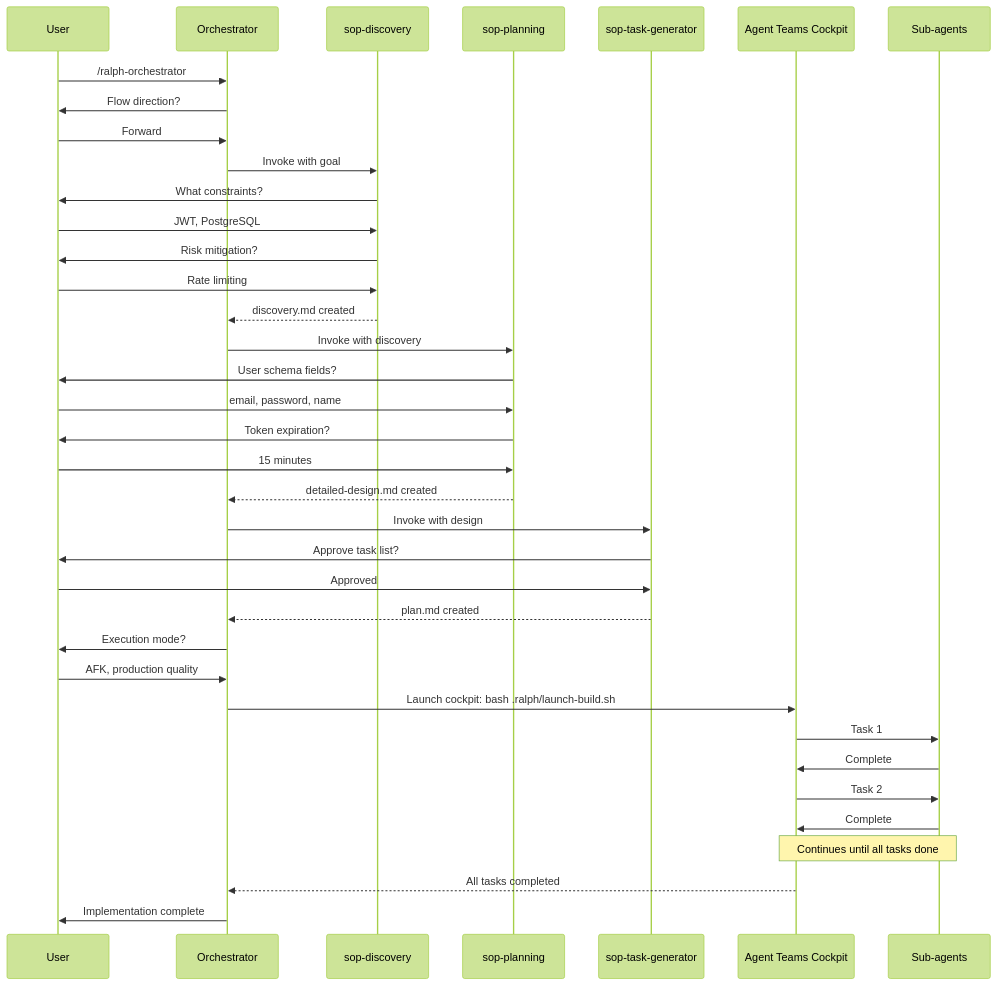
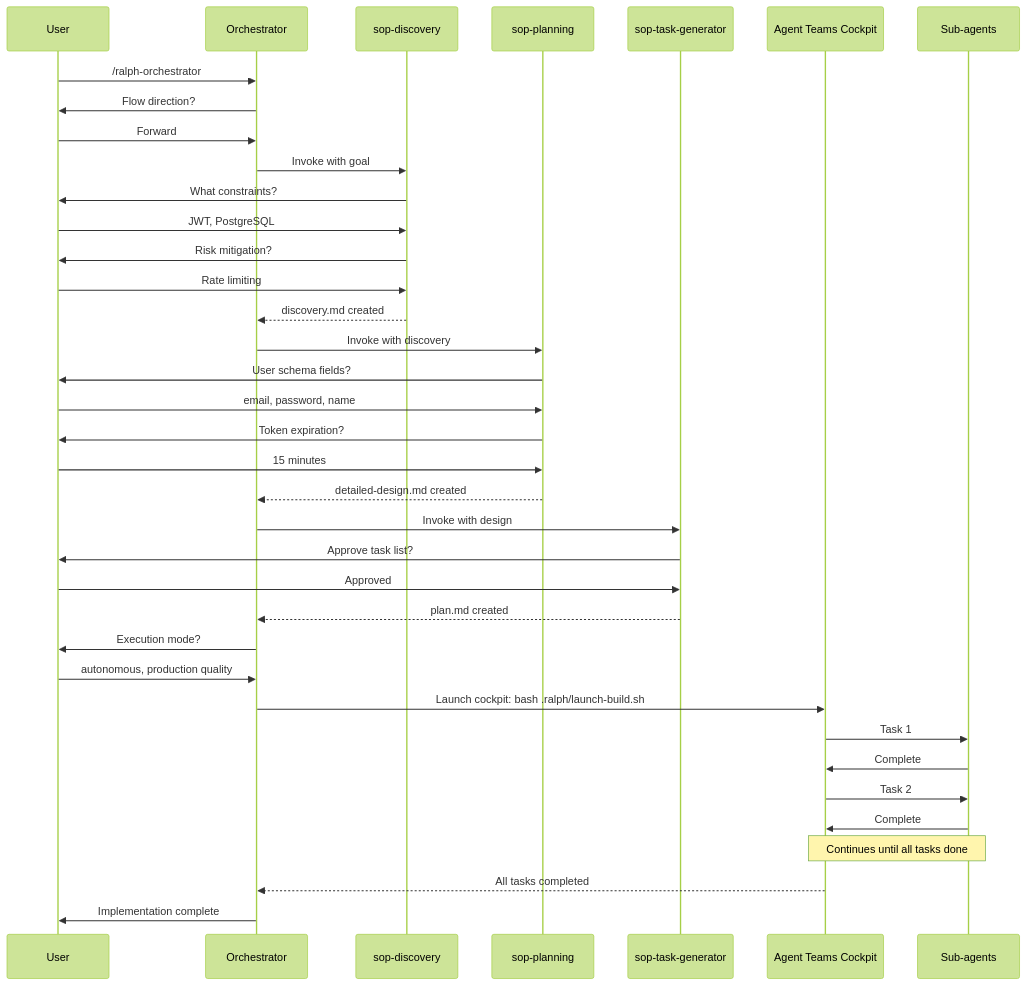
The second of 4 diagrams in skills/ralph-orchestrator/references/sop-integration.md (Dario-Arcos/ai-framework), drawn with Mermaid (forest theme) before and after one commit. The commit also changed other lines of this file and 33 other files, not shown here.

````diff
--- a/skills/ralph-orchestrator/references/sop-integration.md
+++ b/skills/ralph-orchestrator/references/sop-integration.md
@@ -380,45 +423,45 @@
 ```mermaid
 sequenceDiagram
     participant U as User
     participant O as Orchestrator
     participant D as sop-discovery
     participant P as sop-planning
     participant T as sop-task-generator
     participant C as Agent Teams Cockpit
     participant S as Sub-agents
 
     U->>O: /ralph-orchestrator
     O->>U: Flow direction?
     U->>O: Forward
 
     O->>D: Invoke with goal
     D->>U: What constraints?
     U->>D: JWT, PostgreSQL
     D->>U: Risk mitigation?
     U->>D: Rate limiting
     D-->>O: discovery.md created
 
     O->>P: Invoke with discovery
     P->>U: User schema fields?
     U->>P: email, password, name
     P->>U: Token expiration?
     U->>P: 15 minutes
     P-->>O: detailed-design.md created
 
     O->>T: Invoke with design
     T->>U: Approve task list?
     U->>T: Approved
     T-->>O: plan.md created
 
     O->>U: Execution mode?
-    U->>O: AFK, production quality
+    U->>O: autonomous, production quality
 
     O->>C: Launch cockpit: bash .ralph/launch-build.sh
     C->>S: Task 1
     S->>C: Complete
     C->>S: Task 2
     S->>C: Complete
     Note over C,S: Continues until all tasks done
     C-->>O: All tasks completed
     O->>U: Implementation complete
 ```
````
